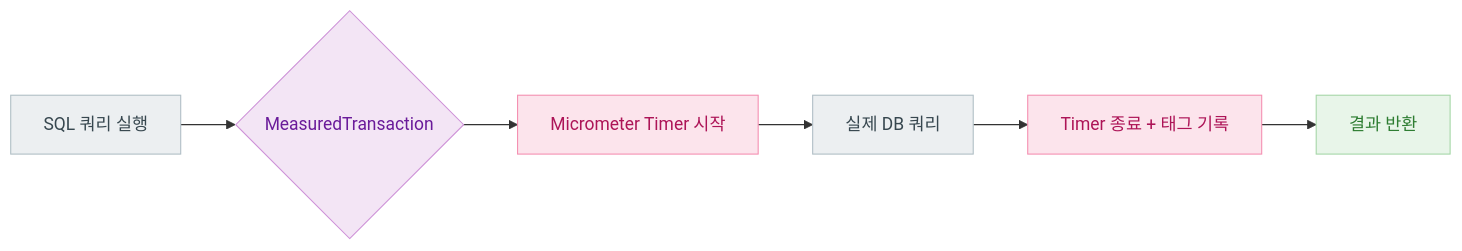
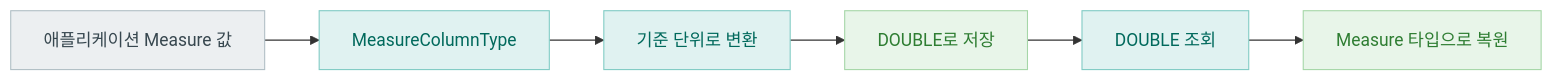
One commit to bluetape4k/bluetape4k-exposed changed the second of 3 diagrams in exposed/exposed-measured/README.ko.md. Above: the diagram before and after it, drawn with Mermaid. The commit also changed other lines of this file and 6 other files, not shown here.

First line of the commit message:
docs: clarify exposed-measured docs and architecture

````diff
--- a/exposed/exposed-measured/README.ko.md
+++ b/exposed/exposed-measured/README.ko.md
@@ -89,20 +89,18 @@
 ```mermaid
 flowchart LR
-    A[SQL 쿼리 실행] --> B{MeasuredTransaction}
-    B --> C[Micrometer Timer 시작]
-    C --> D[실제 DB 쿼리]
-    D --> E[Timer 종료 + 태그 기록]
-    E --> F[결과 반환]
+    A[애플리케이션 Measure 값] --> B[MeasureColumnType]
+    B --> C[기준 단위로 변환]
+    C --> D[DOUBLE로 저장]
+    D --> E[DOUBLE 조회]
+    E --> F[Measure 타입으로 복원]
 
-    classDef queryStyle fill:#ECEFF1,stroke:#B0BEC5,color:#37474F
-    classDef txStyle fill:#F3E5F5,stroke:#CE93D8,color:#6A1B9A
-    classDef timerStyle fill:#FCE4EC,stroke:#F48FB1,color:#AD1457
+    classDef appStyle fill:#ECEFF1,stroke:#B0BEC5,color:#37474F
+    classDef typeStyle fill:#E0F2F1,stroke:#80CBC4,color:#00695C
+    classDef dbStyle fill:#E8F5E9,stroke:#A5D6A7,color:#2E7D32
     classDef resultStyle fill:#E8F5E9,stroke:#A5D6A7,color:#2E7D32
 
-    class A queryStyle
-    class D queryStyle
-    class B txStyle
-    class C timerStyle
-    class E timerStyle
+    class A appStyle
+    class B,C,E typeStyle
+    class D dbStyle
     class F resultStyle
 ```
````
